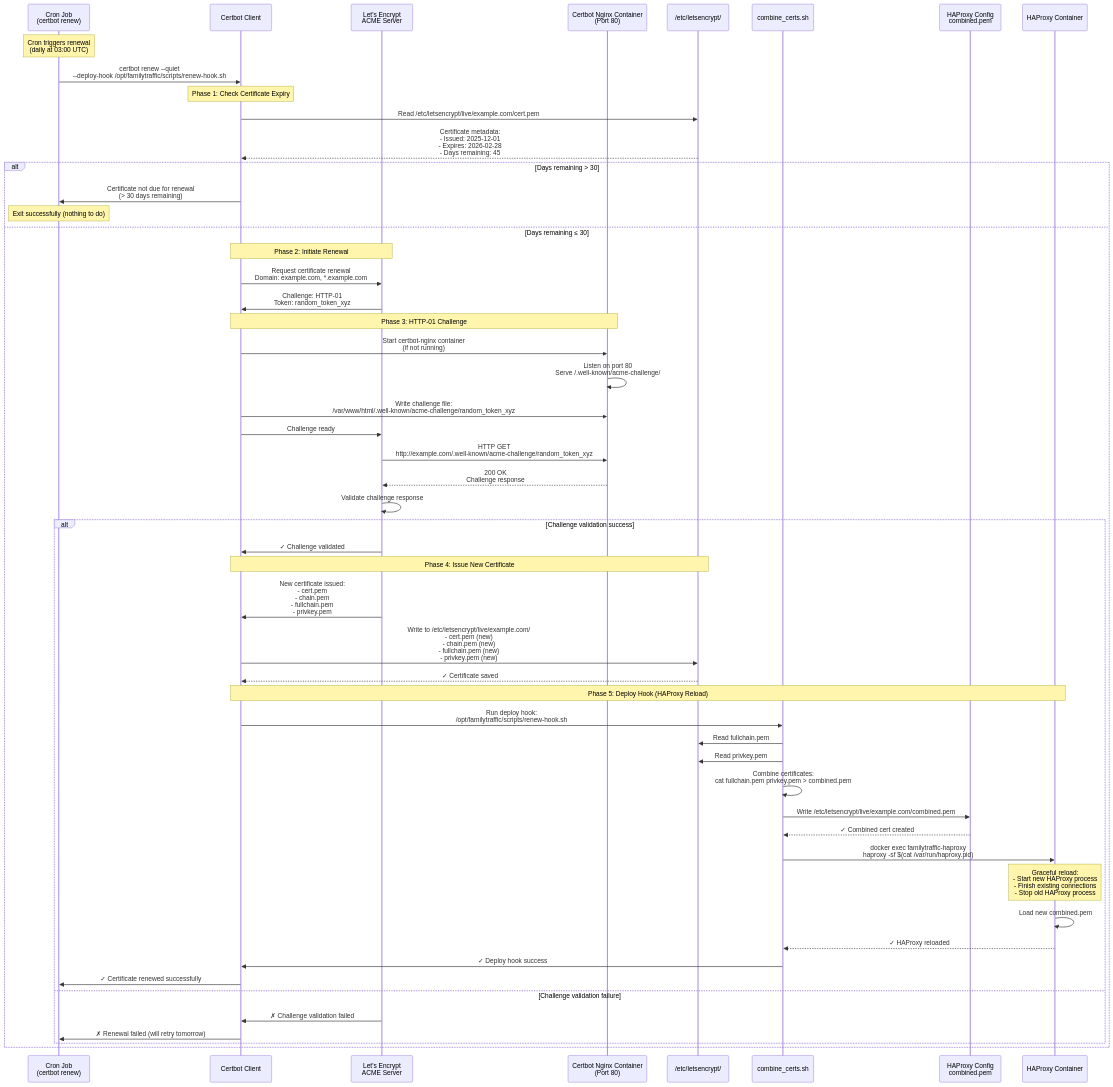
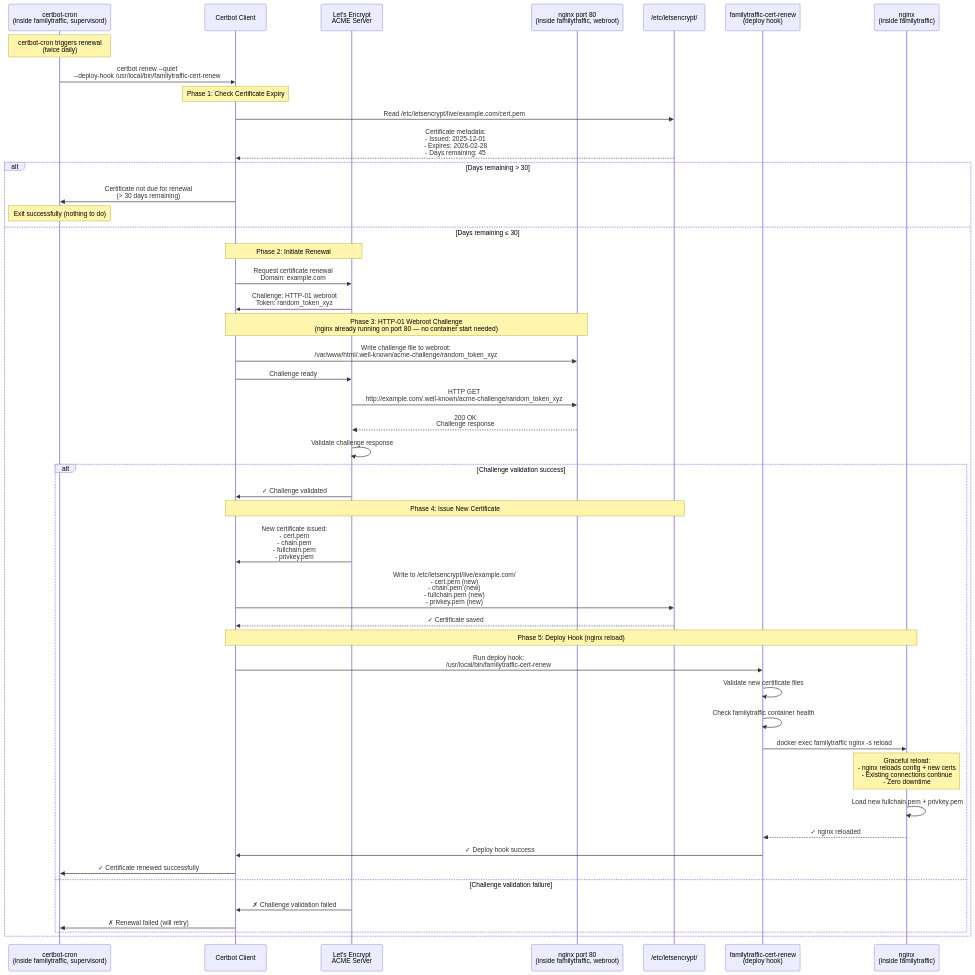
The first of 8 diagrams in docs/architecture/diagrams/sequences/cert-renewal.md (ikeniborn/vless), drawn with Mermaid before and after one commit. The commit also changed other lines of this file and 24 other files, not shown here.

First line of the commit message:
refactor(docs+scripts): replace vless project references with familytraffic, update to v5.33 arch

````diff
--- a/docs/architecture/diagrams/sequences/cert-renewal.md
+++ b/docs/architecture/diagrams/sequences/cert-renewal.md
@@ -18,17 +18,16 @@
 ```mermaid
 sequenceDiagram
-    participant Cron as Cron Job<br/>(certbot renew)
+    participant CertbotCron as certbot-cron<br/>(inside familytraffic, supervisord)
     participant Certbot as Certbot Client
     participant LetsEncrypt as Let's Encrypt<br/>ACME Server
-    participant CertbotNginx as Certbot Nginx Container<br/>(Port 80)
+    participant NginxWebroot as nginx port 80<br/>(inside familytraffic, webroot)
     participant CertStorage as /etc/letsencrypt/
-    participant CombineScript as combine_certs.sh
-    participant HAProxyConfig as HAProxy Config<br/>combined.pem
-    participant HAProxy as HAProxy Container
+    participant DeployHook as familytraffic-cert-renew<br/>(deploy hook)
+    participant Nginx as nginx<br/>(inside familytraffic)
 
-    Note over Cron: Cron triggers renewal<br/>(daily at 03:00 UTC)
+    Note over CertbotCron: certbot-cron triggers renewal<br/>(twice daily)
 
-    Cron->>Certbot: certbot renew --quiet<br/>--deploy-hook /opt/familytraffic/scripts/renew-hook.sh
+    CertbotCron->>Certbot: certbot renew --quiet<br/>--deploy-hook /usr/local/bin/familytraffic-cert-renew
 
     Note over Certbot: Phase 1: Check Certificate Expiry
 
@@ -36,26 +35,23 @@
     CertStorage-->>Certbot: Certificate metadata:<br/>- Issued: 2025-12-01<br/>- Expires: 2026-02-28<br/>- Days remaining: 45
 
     alt Days remaining > 30
-        Certbot->>Cron: Certificate not due for renewal<br/>(> 30 days remaining)
-        Note over Cron: Exit successfully (nothing to do)
+        Certbot->>CertbotCron: Certificate not due for renewal<br/>(> 30 days remaining)
+        Note over CertbotCron: Exit successfully (nothing to do)
     else Days remaining ≤ 30
         Note over Certbot,LetsEncrypt: Phase 2: Initiate Renewal
 
-        Certbot->>LetsEncrypt: Request certificate renewal<br/>Domain: example.com, *.example.com
+        Certbot->>LetsEncrypt: Request certificate renewal<br/>Domain: example.com
 
-        LetsEncrypt->>Certbot: Challenge: HTTP-01<br/>Token: random_token_xyz
+        LetsEncrypt->>Certbot: Challenge: HTTP-01 webroot<br/>Token: random_token_xyz
 
-        Note over Certbot,CertbotNginx: Phase 3: HTTP-01 Challenge
+        Note over Certbot,NginxWebroot: Phase 3: HTTP-01 Webroot Challenge<br/>(nginx already running on port 80 — no container start needed)
 
-        Certbot->>CertbotNginx: Start certbot-nginx container<br/>(if not running)
-        CertbotNginx->>CertbotNginx: Listen on port 80<br/>Serve /.well-known/acme-challenge/
-
-        Certbot->>CertbotNginx: Write challenge file:<br/>/var/www/html/.well-known/acme-challenge/random_token_xyz
+        Certbot->>NginxWebroot: Write challenge file to webroot:<br/>/var/www/html/.well-known/acme-challenge/random_token_xyz
 
         Certbot->>LetsEncrypt: Challenge ready
 
-        LetsEncrypt->>CertbotNginx: HTTP GET<br/>http://example.com/.well-known/acme-challenge/random_token_xyz
-        CertbotNginx-->>LetsEncrypt: 200 OK<br/>Challenge response
+        LetsEncrypt->>NginxWebroot: HTTP GET<br/>http://example.com/.well-known/acme-challenge/random_token_xyz
+        NginxWebroot-->>LetsEncrypt: 200 OK<br/>Challenge response
 
         LetsEncrypt->>LetsEncrypt: Validate challenge response
 
@@ -70,32 +66,27 @@
 
             CertStorage-->>Certbot: ✓ Certificate saved
 
-            Note over Certbot,HAProxy: Phase 5: Deploy Hook (HAProxy Reload)
+            Note over Certbot,Nginx: Phase 5: Deploy Hook (nginx reload)
 
-            Certbot->>CombineScript: Run deploy hook:<br/>/opt/familytraffic/scripts/renew-hook.sh
+            Certbot->>DeployHook: Run deploy hook:<br/>/usr/local/bin/familytraffic-cert-renew
 
-            CombineScript->>CertStorage: Read fullchain.pem
-            CombineScript->>CertStorage: Read privkey.pem
+            DeployHook->>DeployHook: Validate new certificate files
+            DeployHook->>DeployHook: Check familytraffic container health
 
-            CombineScript->>CombineScript: Combine certificates:<br/>cat fullchain.pem privkey.pem > combined.pem
+            DeployHook->>Nginx: docker exec familytraffic nginx -s reload
 
-            CombineScript->>HAProxyConfig: Write /etc/letsencrypt/live/example.com/combined.pem
-            HAProxyConfig-->>CombineScript: ✓ Combined cert created
+            Note over Nginx: Graceful reload:<br/>- nginx reloads config + new certs<br/>- Existing connections continue<br/>- Zero downtime
 
-            CombineScript->>HAProxy: docker exec familytraffic-haproxy<br/>haproxy -sf $(cat /var/run/haproxy.pid)
+            Nginx->>Nginx: Load new fullchain.pem + privkey.pem
+            Nginx-->>DeployHook: ✓ nginx reloaded
 
-            Note over HAProxy: Graceful reload:<br/>- Start new HAProxy process<br/>- Finish existing connections<br/>- Stop old HAProxy process
+            DeployHook->>Certbot: ✓ Deploy hook success
 
-            HAProxy->>HAProxy: Load new combined.pem
-            HAProxy-->>CombineScript: ✓ HAProxy reloaded
-
-            CombineScript->>Certbot: ✓ Deploy hook success
-
-            Certbot->>Cron: ✓ Certificate renewed successfully
+            Certbot->>CertbotCron: ✓ Certificate renewed successfully
 
         else Challenge validation failure
             LetsEncrypt->>Certbot: ✗ Challenge validation failed
-            Certbot->>Cron: ✗ Renewal failed (will retry tomorrow)
+            Certbot->>CertbotCron: ✗ Renewal failed (will retry)
         end
     end
 ```
````
